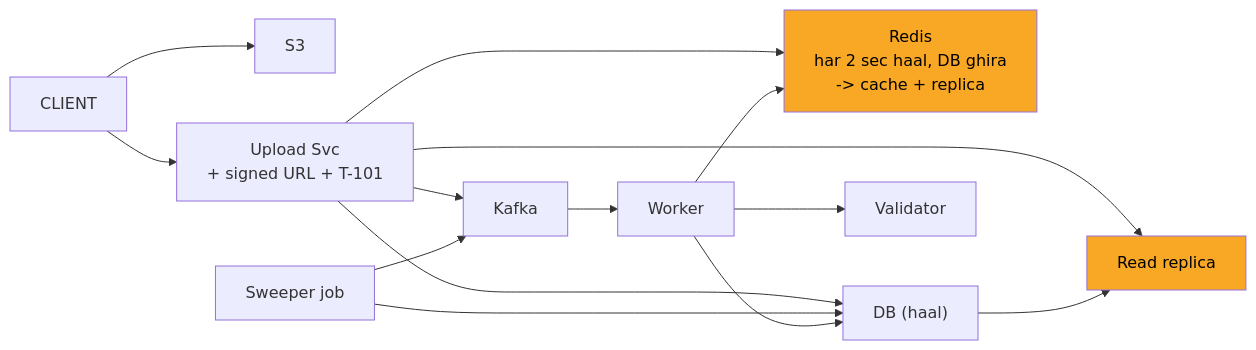
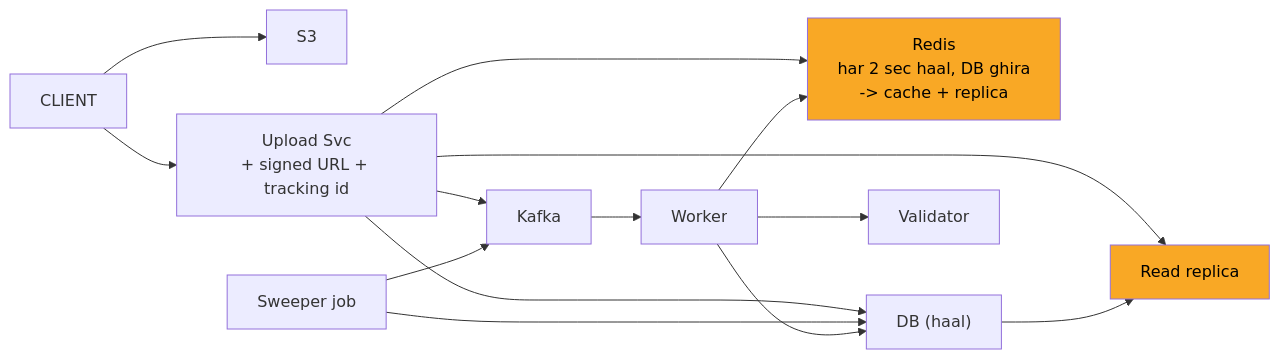
One commit to ArpanMaheshwari144/Prep changed the sixth of 11 diagrams in 04_HLD/SYSTEM_DESIGNS/07_file_upload_validate_system/07_file_upload_INTERVIEW.md. Above: the diagram before and after it, drawn with Mermaid. The commit also changed other lines of this file, not shown here.

Commit message:
file upload: audit fixes (T-102 / T-103 ids, KAHANI boxes match yellow)

````diff
--- a/04_HLD/SYSTEM_DESIGNS/07_file_upload_validate_system/07_file_upload_INTERVIEW.md
+++ b/04_HLD/SYSTEM_DESIGNS/07_file_upload_validate_system/07_file_upload_INTERVIEW.md
@@ -237,28 +238,28 @@
 ```mermaid
 flowchart LR
     n_CLIENT["CLIENT"]
     n_S3["S3"]
-    n_Upload_Svc["Upload Svc<br/>+ signed URL + T-101"]
+    n_Upload_Svc["Upload Svc<br/>+ signed URL + tracking id"]
     n_Redis["Redis<br/>har 2 sec haal, DB ghira<br/>-> cache + replica"]
     n_DB["DB (haal)"]
     n_Read_replica["Read replica"]
     n_Sweeper_job["Sweeper job"]
     n_Kafka["Kafka"]
     n_Worker["Worker"]
     n_Validator["Validator"]
     n_CLIENT --> n_S3
     n_CLIENT --> n_Upload_Svc
     n_Upload_Svc --> n_Redis
     n_Upload_Svc --> n_DB
     n_Upload_Svc --> n_Read_replica
     n_DB --> n_Read_replica
     n_Upload_Svc --> n_Kafka
     n_Sweeper_job --> n_DB
     n_Sweeper_job --> n_Kafka
     n_Kafka --> n_Worker
     n_Worker --> n_Validator
     n_Worker --> n_DB
     n_Worker --> n_Redis
     style n_Redis fill:#f9a825,color:#000
     style n_Read_replica fill:#f9a825,color:#000
 ```
````
